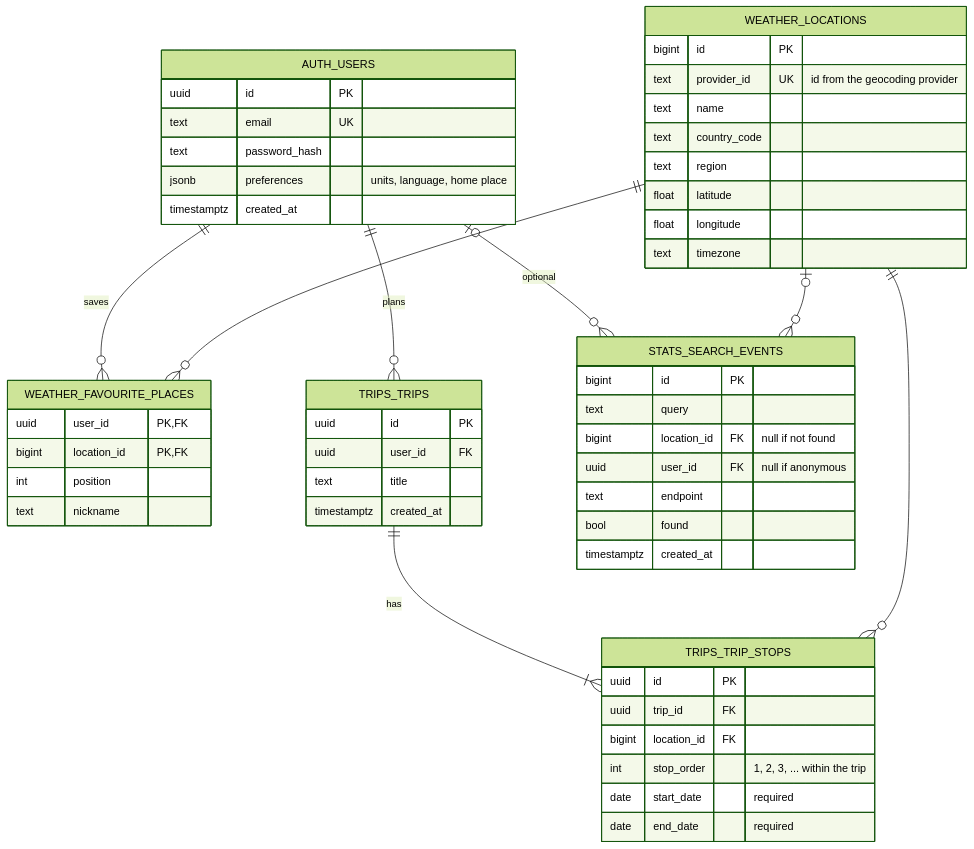
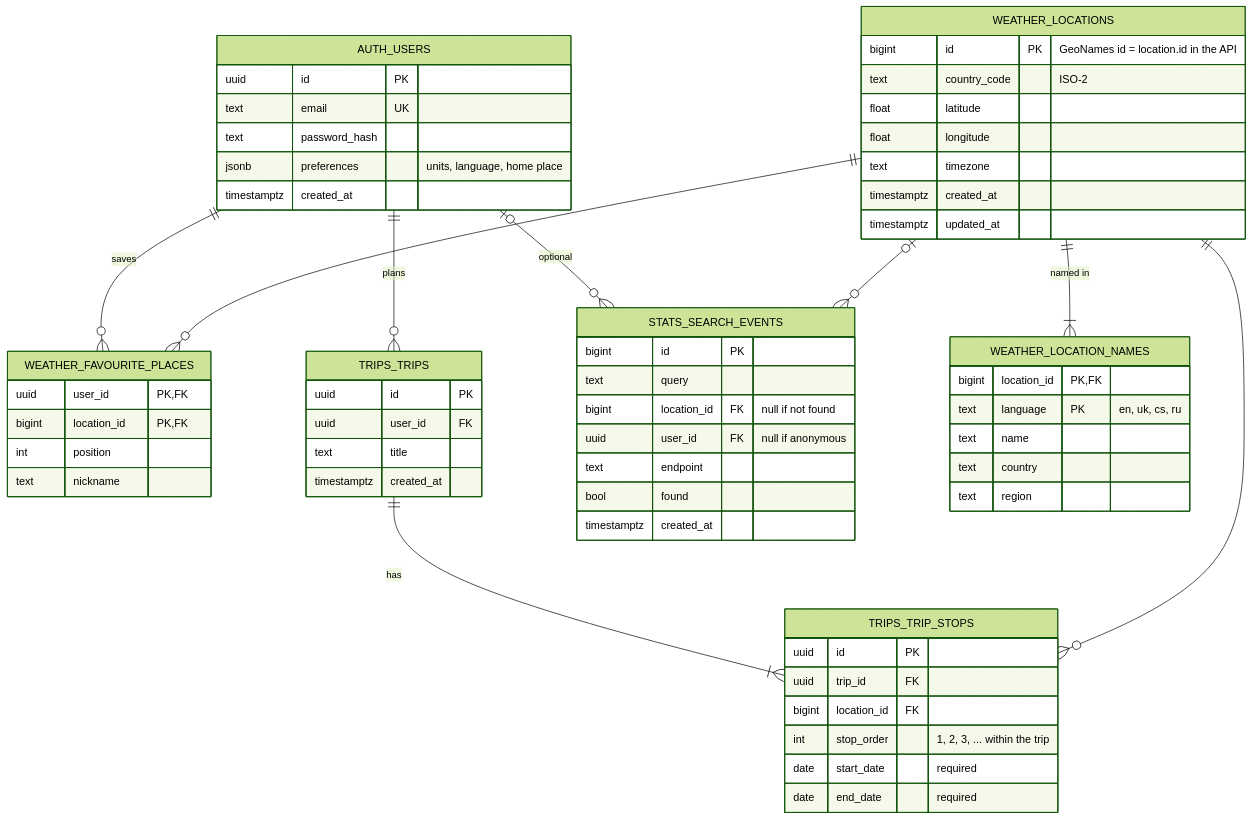
Before and after one commit to loktiyur/weather_forecaster: the seventh of 9 diagrams in ARCHITECTURE.md, drawn with Mermaid (forest theme). The commit also changed other lines of this file and 19 other files, not shown here.

````diff
--- a/ARCHITECTURE.md
+++ b/ARCHITECTURE.md
@@ -476,57 +481,64 @@
 ```mermaid
 erDiagram
     AUTH_USERS ||--o{ WEATHER_FAVOURITE_PLACES : saves
     AUTH_USERS ||--o{ TRIPS_TRIPS : plans
     AUTH_USERS |o--o{ STATS_SEARCH_EVENTS : "optional"
     TRIPS_TRIPS ||--|{ TRIPS_TRIP_STOPS : has
+    WEATHER_LOCATIONS ||--|{ WEATHER_LOCATION_NAMES : "named in"
     WEATHER_LOCATIONS ||--o{ WEATHER_FAVOURITE_PLACES : ""
     WEATHER_LOCATIONS ||--o{ TRIPS_TRIP_STOPS : ""
     WEATHER_LOCATIONS |o--o{ STATS_SEARCH_EVENTS : ""
 
     AUTH_USERS {
         uuid id PK
         text email UK
         text password_hash
         jsonb preferences "units, language, home place"
         timestamptz created_at
     }
     WEATHER_LOCATIONS {
-        bigint id PK
-        text provider_id UK "id from the geocoding provider"
-        text name
-        text country_code
-        text region
+        bigint id PK "GeoNames id = location.id in the API"
+        text country_code "ISO-2"
         float latitude
         float longitude
         text timezone
+        timestamptz created_at
+        timestamptz updated_at
+    }
+    WEATHER_LOCATION_NAMES {
+        bigint location_id PK, FK
+        text language PK "en, uk, cs, ru"
+        text name
+        text country
+        text region
     }
     WEATHER_FAVOURITE_PLACES {
         uuid user_id PK, FK
         bigint location_id PK, FK
         int position
         text nickname
     }
     TRIPS_TRIPS {
         uuid id PK
         uuid user_id FK
         text title
         timestamptz created_at
     }
     TRIPS_TRIP_STOPS {
         uuid id PK
         uuid trip_id FK
         bigint location_id FK
         int stop_order "1, 2, 3, ... within the trip"
         date start_date "required"
         date end_date "required"
     }
     STATS_SEARCH_EVENTS {
         bigint id PK
         text query
         bigint location_id FK "null if not found"
         uuid user_id FK "null if anonymous"
         text endpoint
         bool found
         timestamptz created_at
     }
 ```
````
